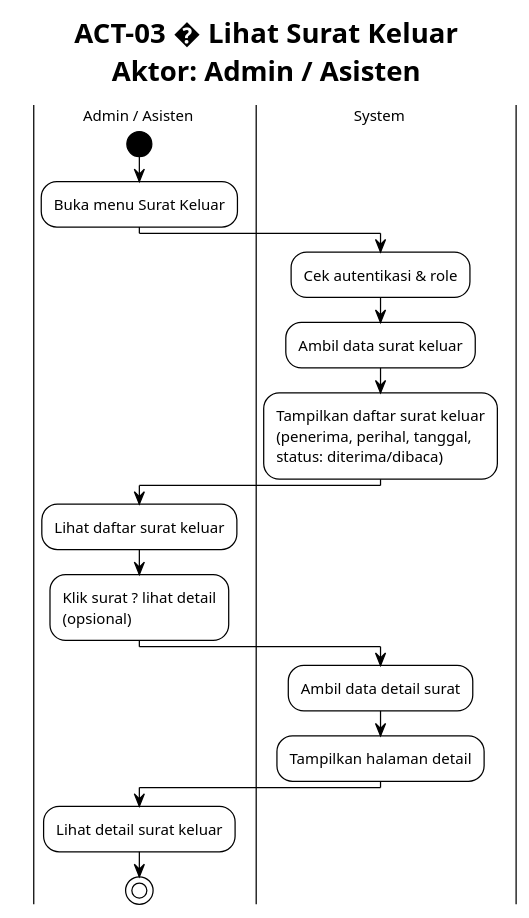
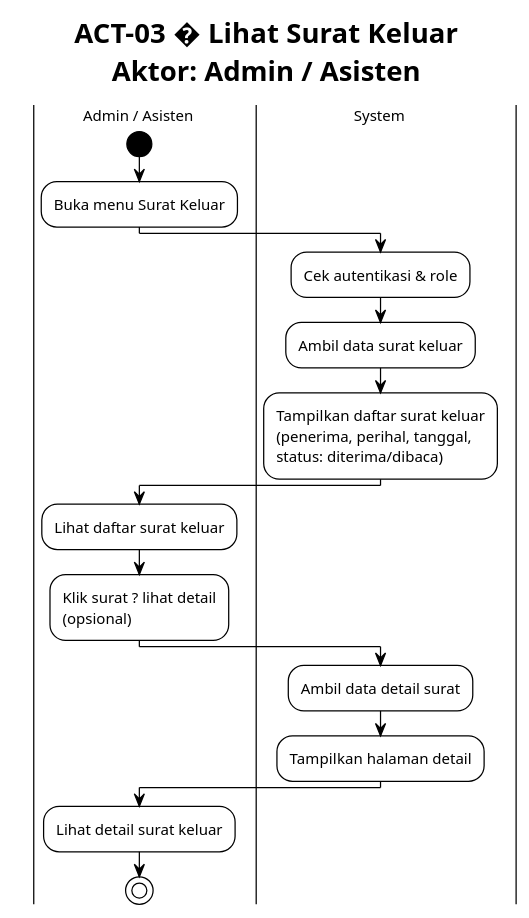
Before and after one commit to Habiboys/SILAB-DSI: the diagram in docs/surat/activity/ACT_03_LIHAT_SURAT_KELUAR.puml, drawn with PlantUML. The commit also changed 313 other files, not shown here.

```diff
--- a/docs/surat/activity/ACT_03_LIHAT_SURAT_KELUAR.puml
+++ b/docs/surat/activity/ACT_03_LIHAT_SURAT_KELUAR.puml
@@ -1,33 +1,37 @@
 @startuml ACT_03_LIHAT_SURAT_KELUAR
 !theme plain
+!pragma useVerticalIf on
+scale max 1600 width
+skinparam wrapWidth 200
+
 skinparam defaultFontSize 12
 skinparam swimlaneWidth 220
 skinparam ActivityStartColor black
 skinparam ActivityEndColor black
 title ACT-03 � Lihat Surat Keluar\nAktor: Admin / Asisten
 
 |Admin / Asisten|
 |System|
 
 |Admin / Asisten|
 start
 :Buka menu Surat Keluar;
 
 |System|
 :Cek autentikasi & role;
 :Ambil data surat keluar;
 :Tampilkan daftar surat keluar\n(penerima, perihal, tanggal,\nstatus: diterima/dibaca);
 
 |Admin / Asisten|
 :Lihat daftar surat keluar;
 :Klik surat ? lihat detail\n(opsional);
 
 |System|
 :Ambil data detail surat;
 :Tampilkan halaman detail;
 
 |Admin / Asisten|
 :Lihat detail surat keluar;
 
 stop
 @enduml
```
